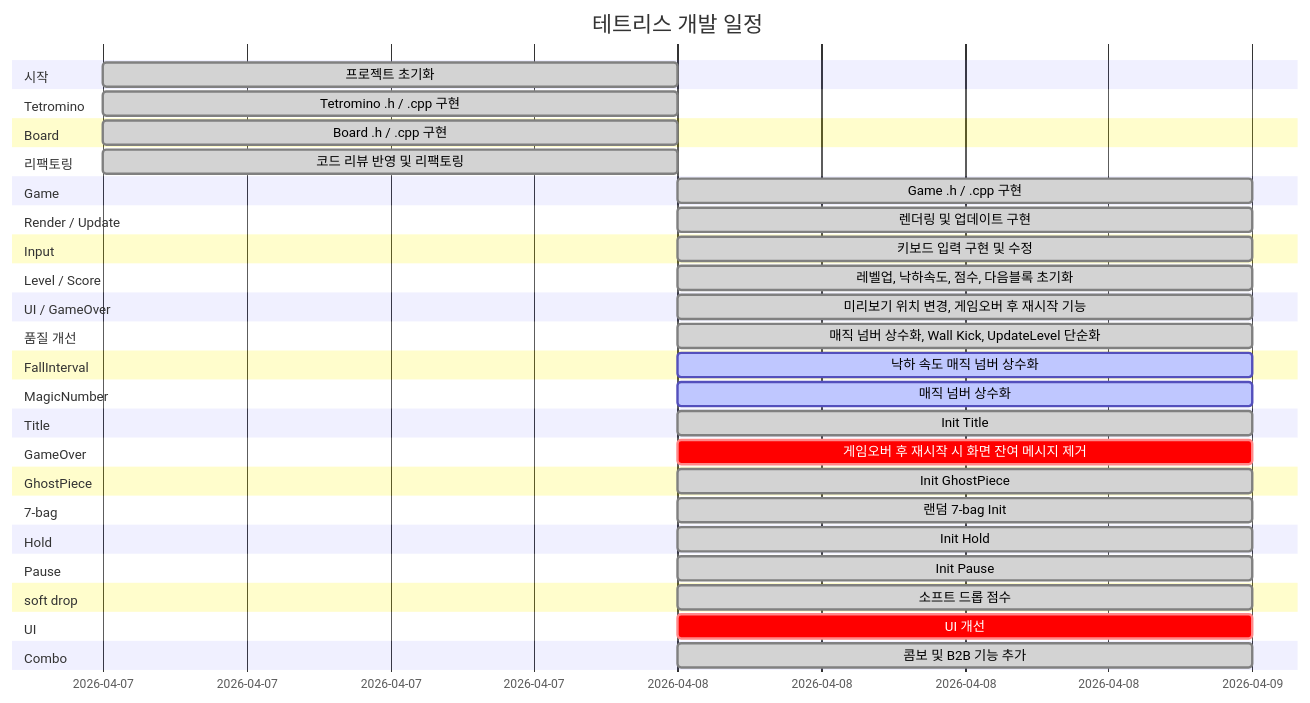
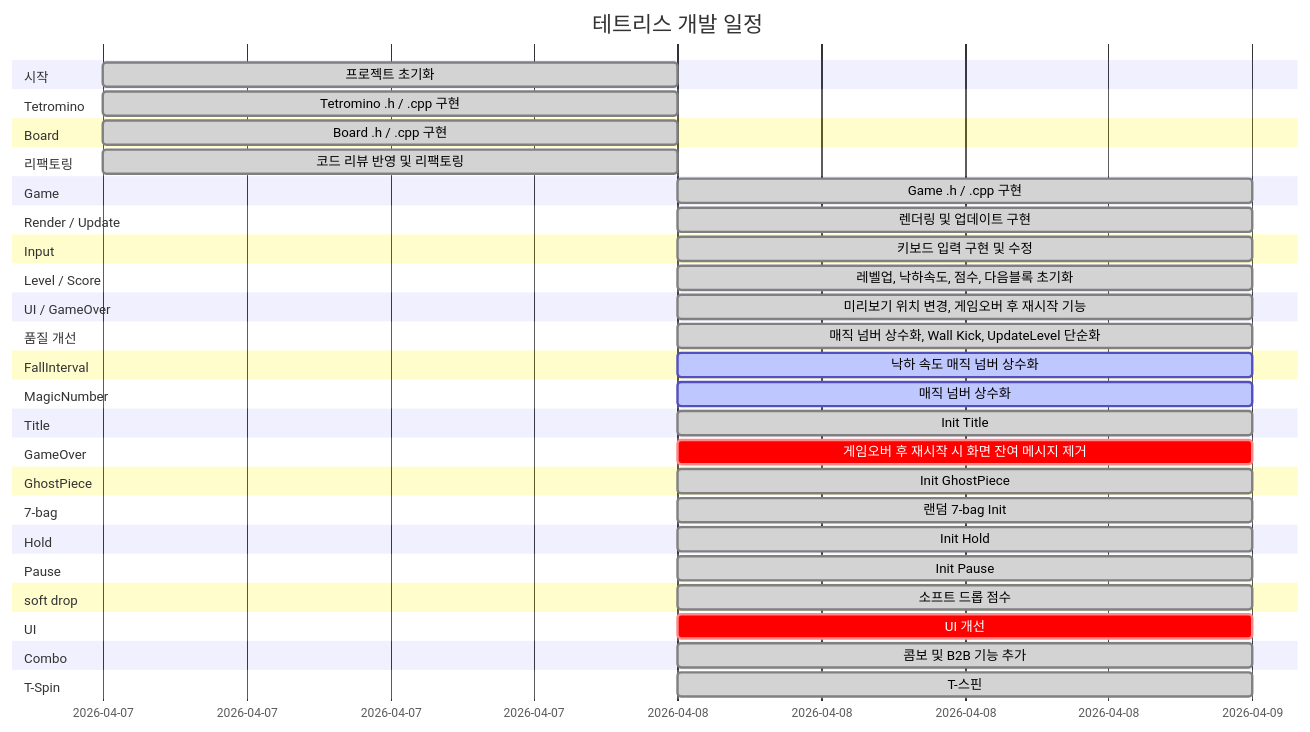
Before and after one commit to Chance031/Tetris-cpp: the diagram in README.md, drawn with Mermaid. The commit also changed other lines of this file, not shown here.

Commit message:
docs: README 자동 업데이트 [skip ci]

````diff
--- a/README.md
+++ b/README.md
@@ -27,47 +27,49 @@
 ```mermaid
 gantt
     title 테트리스 개발 일정
     dateFormat YYYY-MM-DD
     section 시작
         프로젝트 초기화 :done, init, 2026-04-07, 1d
     section Tetromino
         Tetromino .h / .cpp 구현 :done, t16803, 2026-04-07, 1d
     section Board
         Board .h / .cpp 구현 :done, t84048, 2026-04-07, 1d
     section 리팩토링
         코드 리뷰 반영 및 리팩토링 :done, refactor, 2026-04-07, 1d
     section Game
         Game .h / .cpp 구현 :done, t91896, 2026-04-08, 1d
     section Render / Update
         렌더링 및 업데이트 구현 :done, t47867, 2026-04-08, 1d
     section Input
         키보드 입력 구현 및 수정 :done, t8258, 2026-04-08, 1d
     section Level / Score
         레벨업, 낙하속도, 점수, 다음블록 초기화 :done, t44367, 2026-04-08, 1d
     section UI / GameOver
         미리보기 위치 변경, 게임오버 후 재시작 기능 :done, t55123, 2026-04-08, 1d
     section 품질 개선
         매직 넘버 상수화, Wall Kick, UpdateLevel 단순화 :done, t66234, 2026-04-08, 1d
     section FallInterval
         낙하 속도 매직 넘버 상수화 :active, t66782, 2026-04-08, 1d
     section MagicNumber
         매직 넘버 상수화 :active, t23180, 2026-04-08, 1d
     section Title
         Init Title :done, t45140, 2026-04-08, 1d
     section GameOver
         게임오버 후 재시작 시 화면 잔여 메시지 제거 :crit, t96693, 2026-04-08, 1d
     section GhostPiece
         Init GhostPiece :done, t88826, 2026-04-08, 1d
     section 7-bag
         랜덤 7-bag Init :done, t21893, 2026-04-08, 1d
     section Hold
         Init Hold :done, t97044, 2026-04-08, 1d
     section Pause
         Init Pause :done, t97166, 2026-04-08, 1d
     section soft drop
         소프트 드롭 점수 :done, t4875, 2026-04-08, 1d
     section UI
         UI 개선 :crit, t85460, 2026-04-08, 1d
     section Combo
         콤보 및 B2B 기능 추가 :done, t36199, 2026-04-08, 1d
+    section T-Spin
+        T-스핀 :done, t94811, 2026-04-08, 1d
 ```
````
